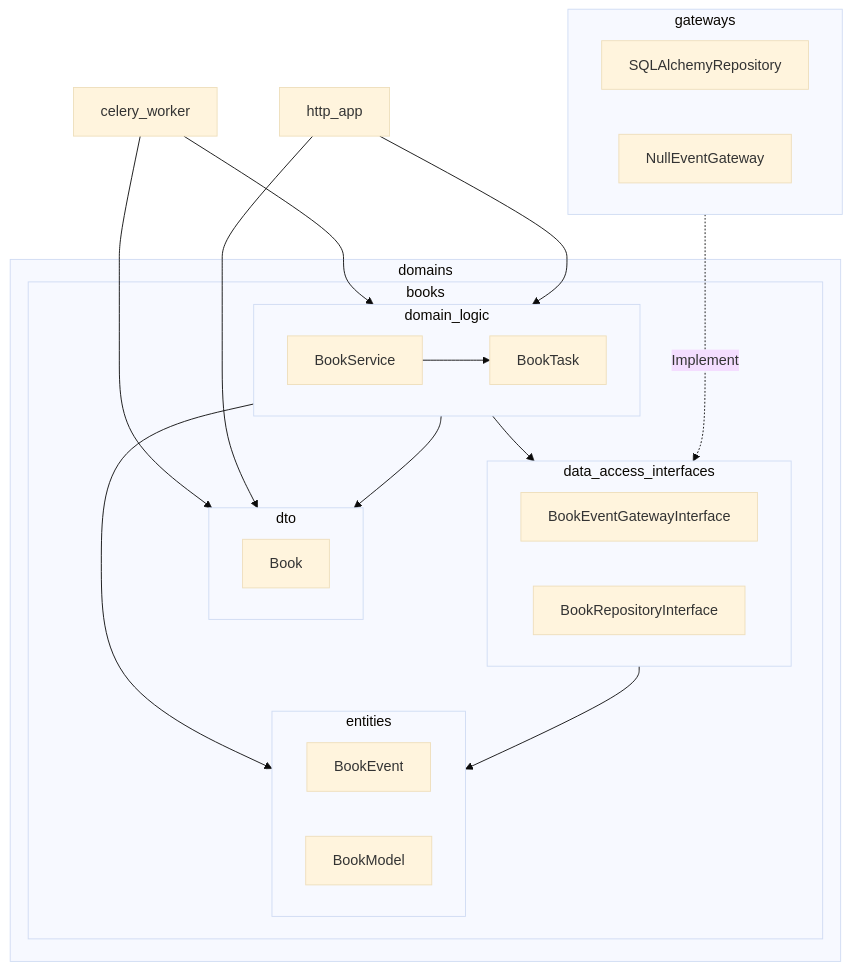
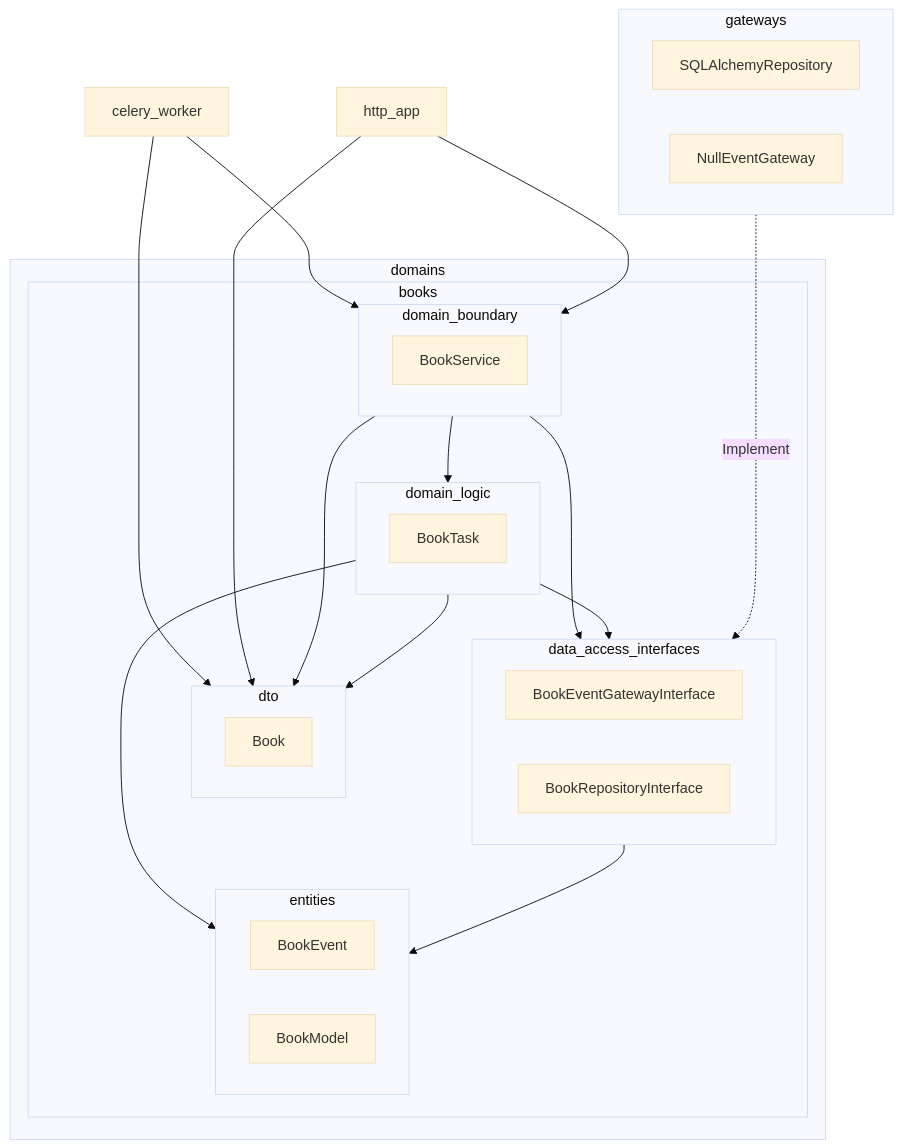
Before and after one commit to febus982/bootstrap-python-fastapi: the second of 2 diagrams in docs/architecture.md, drawn with Mermaid (base theme). The commit also changed other lines of this file, not shown here.

Commit message:
Improve architecture.md

````diff
--- a/docs/architecture.md
+++ b/docs/architecture.md
@@ -37,39 +70,45 @@
 ```mermaid
 flowchart TD
     celery_worker
     http_app
     subgraph gateways
       SQLAlchemyRepository
       NullEventGateway
     end
 
     subgraph domains
       subgraph books
+        subgraph domain_boundary
+            BookService
+        end
         subgraph domain_logic
-            BookService-->BookTask
+            BookTask
         end
         subgraph dto
             Book
         end
 
         subgraph data_access_interfaces
           BookEventGatewayInterface
           BookRepositoryInterface
         end
         subgraph entities
           BookEvent
           BookModel
         end
       end
     end
 
-    celery_worker-->domain_logic
+    celery_worker-->domain_boundary
     celery_worker-->dto
-    http_app-->domain_logic
+    http_app-->domain_boundary
     http_app-->dto
+    domain_boundary-->domain_logic
+    domain_boundary-->dto
+    domain_boundary-->data_access_interfaces
     domain_logic-->entities
     domain_logic-->dto
     domain_logic-->data_access_interfaces
-    gateways-..->|Implement| data_access_interfaces
+    gateways-...->|Implement| data_access_interfaces
     data_access_interfaces-->entities
 ```
````
